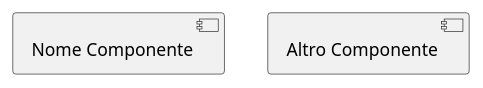
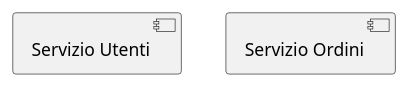
One commit to Seniorsimo/sas-template changed the second of 5 diagrams in 04-structural-diagrams/component-diagrams/INSTRUCTIONS.md. Above: the diagram before and after it, drawn with PlantUML. The commit also changed other lines of this file and 9 other files, not shown here.

Commit message:
Refactor diagram instructions and templates

````diff
--- a/04-structural-diagrams/component-diagrams/INSTRUCTIONS.md
+++ b/04-structural-diagrams/component-diagrams/INSTRUCTIONS.md
@@ -28,4 +26,4 @@
-```plantuml
-component "Nome Componente" as ComponentAlias
-[Altro Componente]
-```
+    ```plantuml
+    component "Servizio Utenti" as UserService
+    [Servizio Ordini]
+    ```
````
